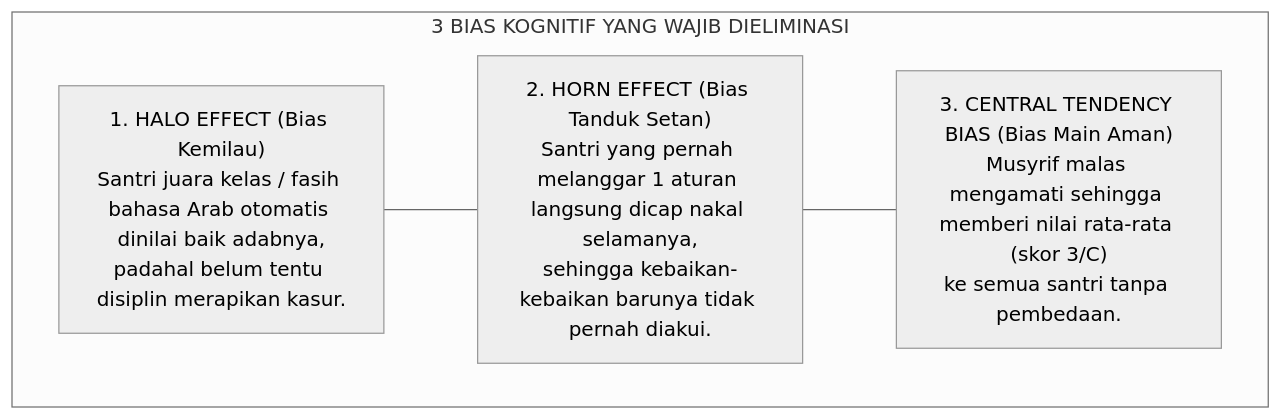
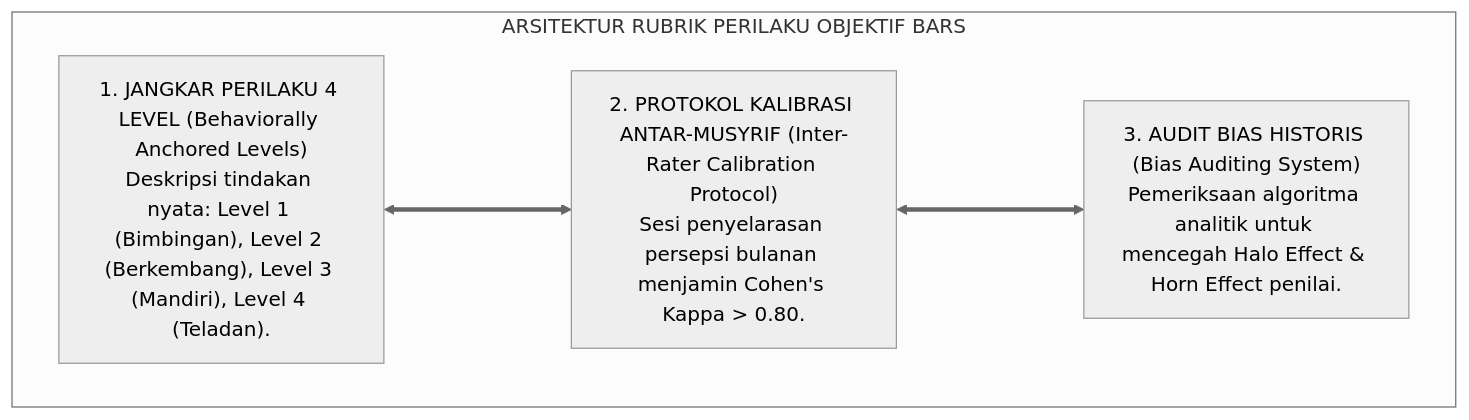
The second of 3 diagrams in 02 Principles/05 Assessment Principles/P2-05-02-Prinsip-Rubrik-Perilaku-Objektif-dan-Deskriptif.md (wandiapriliyandi/tumbuh), drawn with Mermaid (neutral theme) before and after one commit. The commit also changed other lines of this file and 6 other files, not shown here.

````diff
--- a/02 Principles/05 Assessment Principles/P2-05-02-Prinsip-Rubrik-Perilaku-Objektif-dan-Deskriptif.md
+++ b/02 Principles/05 Assessment Principles/P2-05-02-Prinsip-Rubrik-Perilaku-Objektif-dan-Deskriptif.md
@@ -131,12 +119,13 @@
 ```mermaid
-graph TD
-    subgraph TigaBiasKognitifPenilai["3 BIAS KOGNITIF YANG WAJIB DIELIMINASI"]
-        Halo["1. HALO EFFECT (Bias Kemilau)<br/>Santri juara kelas / fasih bahasa Arab otomatis dinilai baik adabnya,<br/>padahal belum tentu disiplin merapikan kasur."]
+flowchart TD
+    subgraph ArsitekturRubrikBARSTUMBUH["ARSITEKTUR RUBRIK PERILAKU OBJEKTIF BARS"]
         
-        Horn["2. HORN EFFECT (Bias Tanduk Setan)<br/>Santri yang pernah melanggar 1 aturan langsung dicap nakal selamanya,<br/>sehingga kebaikan-kebaikan barunya tidak pernah diakui."]
+        B1_Sayap["1. JANGKAR PERILAKU 4 LEVEL (Behaviorally Anchored Levels)<br/>Deskripsi tindakan nyata: Level 1 (Bimbingan), Level 2 (Berkembang), Level 3 (Mandiri), Level 4 (Teladan)."]
         
-        Central["3. CENTRAL TENDENCY BIAS (Bias Main Aman)<br/>Musyrif malas mengamati sehingga memberi nilai rata-rata (skor 3/C)<br/>ke semua santri tanpa pembedaan."]
+        B2_Sayap["2. PROTOKOL KALIBRASI ANTAR-MUSYRIF (Inter-Rater Calibration Protocol)<br/>Sesi penyelarasan persepsi bulanan menjamin Cohen's Kappa > 0.80."]
         
-        Halo --- Horn --- Central
+        B3_Sayap["3. AUDIT BIAS HISTORIS (Bias Auditing System)<br/>Pemeriksaan algoritma analitik untuk mencegah Halo Effect & Horn Effect penilai."]
+        
+        B1_Sayap <===> B2_Sayap <===> B3_Sayap
     end
 ```
````
